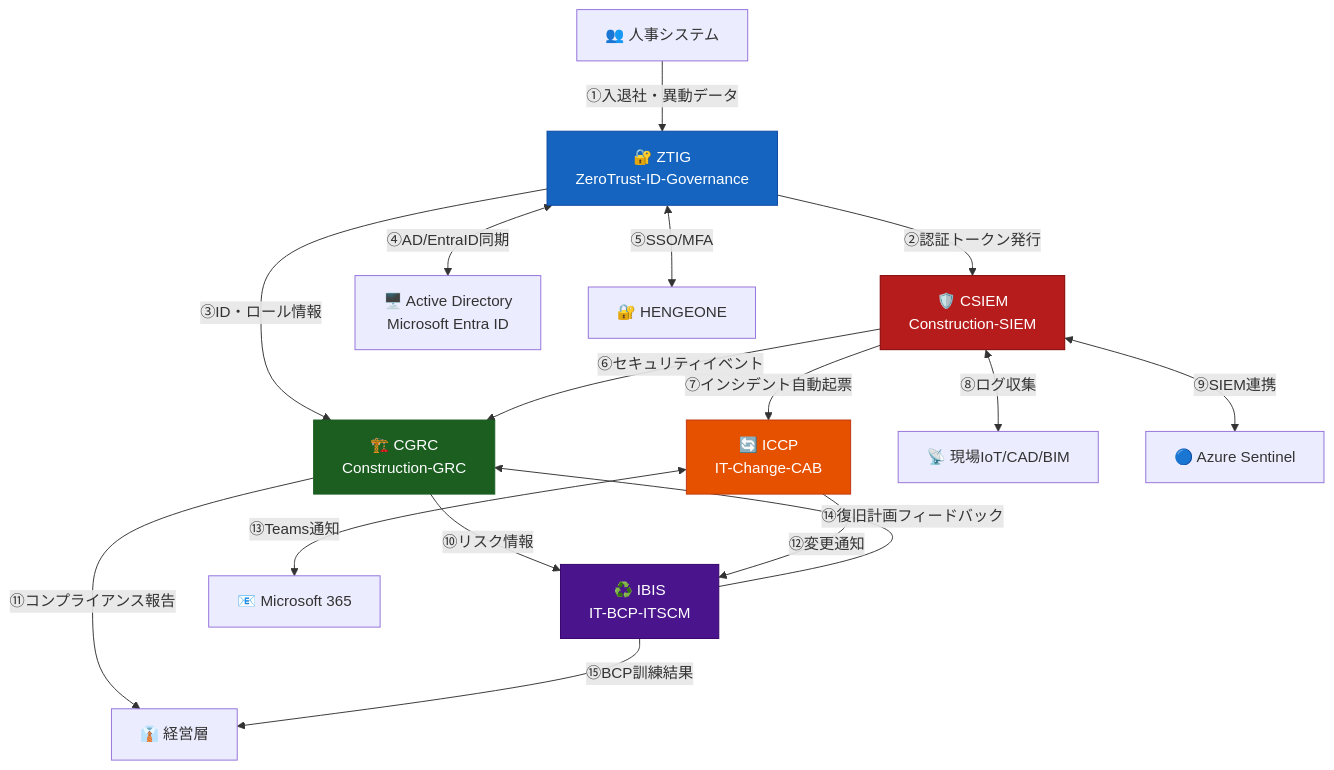
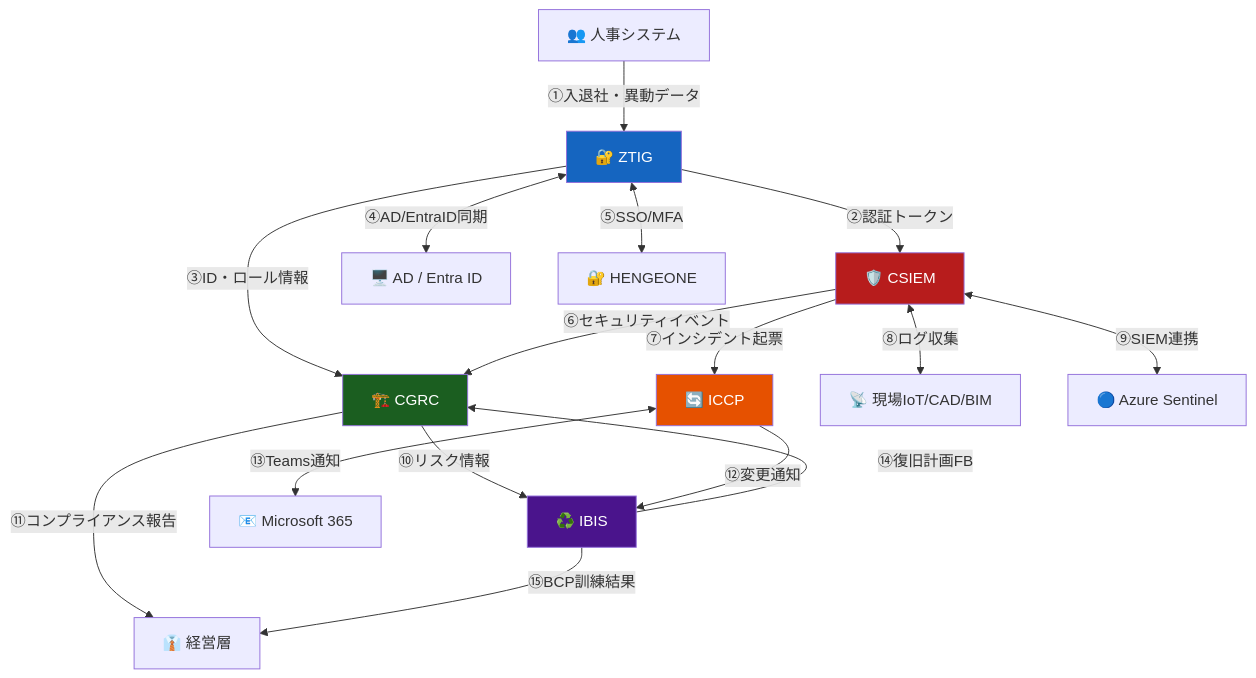
The seventh of 8 diagrams in README.md (Kensan196948G/Construction-DX-One-System), drawn with Mermaid before and after one commit. The commit also changed other lines of this file and 6 other files, not shown here.

````diff
--- a/README.md
+++ b/README.md
@@ -492,29 +434,24 @@
 ```mermaid
 flowchart TD
     HR[👥 人事システム] -->|"①入退社・異動データ"| ZTIG
-
-    ZTIG["🔐 ZTIG\nZeroTrust-ID-Governance"] -->|"②認証トークン発行"| CSIEM
+    ZTIG["🔐 ZTIG"] -->|"②認証トークン"| CSIEM
     ZTIG -->|"③ID・ロール情報"| CGRC
-    ZTIG <-->|"④AD/EntraID同期"| AD["🖥️ Active Directory\nMicrosoft Entra ID"]
+    ZTIG <-->|"④AD/EntraID同期"| AD["🖥️ AD / Entra ID"]
     ZTIG <-->|"⑤SSO/MFA"| HG["🔐 HENGEONE"]
-
-    CSIEM["🛡️ CSIEM\nConstruction-SIEM"] -->|"⑥セキュリティイベント"| CGRC
-    CSIEM -->|"⑦インシデント自動起票"| ICCP
+    CSIEM["🛡️ CSIEM"] -->|"⑥セキュリティイベント"| CGRC
+    CSIEM -->|"⑦インシデント起票"| ICCP
     CSIEM <-->|"⑧ログ収集"| IoT["📡 現場IoT/CAD/BIM"]
     CSIEM <-->|"⑨SIEM連携"| AZ["🔵 Azure Sentinel"]
-
-    CGRC["🏗️ CGRC\nConstruction-GRC"] -->|"⑩リスク情報"| IBIS
+    CGRC["🏗️ CGRC"] -->|"⑩リスク情報"| IBIS
     CGRC -->|"⑪コンプライアンス報告"| MGT["👔 経営層"]
-
-    ICCP["🔄 ICCP\nIT-Change-CAB"] -->|"⑫変更通知"| IBIS
+    ICCP["🔄 ICCP"] -->|"⑫変更通知"| IBIS
     ICCP <-->|"⑬Teams通知"| M365["📧 Microsoft 365"]
-
-    IBIS["♻️ IBIS\nIT-BCP-ITSCM"] -->|"⑭復旧計画フィードバック"| CGRC
+    IBIS["♻️ IBIS"] -->|"⑭復旧計画FB"| CGRC
     IBIS -->|"⑮BCP訓練結果"| MGT
 
-    style ZTIG fill:#1565C0,color:#fff,stroke:#0D47A1
-    style CSIEM fill:#B71C1C,color:#fff,stroke:#7F0000
-    style CGRC fill:#1B5E20,color:#fff,stroke:#1B5E20
-    style ICCP fill:#E65100,color:#fff,stroke:#BF360C
-    style IBIS fill:#4A148C,color:#fff,stroke:#38006B
+    style ZTIG fill:#1565C0,color:#fff
+    style CSIEM fill:#B71C1C,color:#fff
+    style CGRC fill:#1B5E20,color:#fff
+    style ICCP fill:#E65100,color:#fff
+    style IBIS fill:#4A148C,color:#fff
 ```
````
